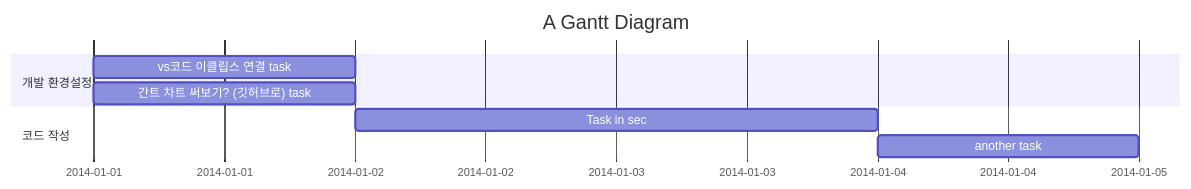
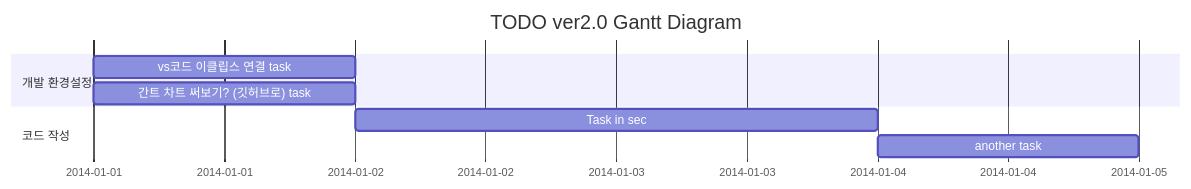
One commit to UDONGSALI/Toy-Project changed the diagram in README.md. Above: the diagram before and after it, drawn with Mermaid.

````diff
--- a/README.md
+++ b/README.md
@@ -1,11 +1,11 @@
 ```mermaid
 gantt
-    title A Gantt Diagram
+    title TODO ver2.0 Gantt Diagram
     dateFormat  YYYY-MM-DD
     section 개발 환경설정
     vs코드 이클립스 연결 task           :a1, 2014-01-01, 1d
     간트 차트 써보기? (깃허브로) task     :a1, 2014-01-01, 1d
     section 코드 작성
     Task in sec      :2014-01-02  , 2d
     another task      : 1d
 ```
````
